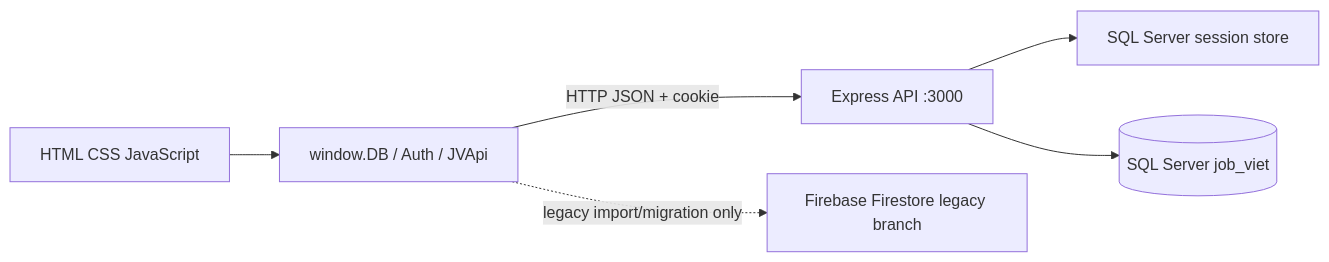
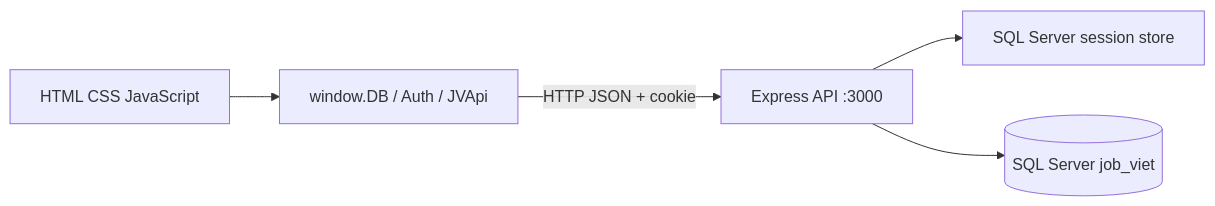
Before and after one commit to PhamDucDat0305/thuctapchuyennganh: the diagram in docs/project-audit/README.md, drawn with Mermaid. The commit also changed other lines of this file and 29 other files, not shown here.

````diff
--- a/docs/project-audit/README.md
+++ b/docs/project-audit/README.md
@@ -35,13 +35,11 @@
 ```mermaid
 flowchart LR
   Browser[HTML CSS JavaScript]
   Client[window.DB / Auth / JVApi]
   API[Express API :3000]
   Session[SQL Server session store]
   DB[(SQL Server job_viet)]
-  Firebase[Firebase Firestore legacy branch]
   Browser --> Client -->|HTTP JSON + cookie| API
   API --> Session
   API --> DB
-  Client -. "legacy import/migration only" .-> Firebase
 ```
````
